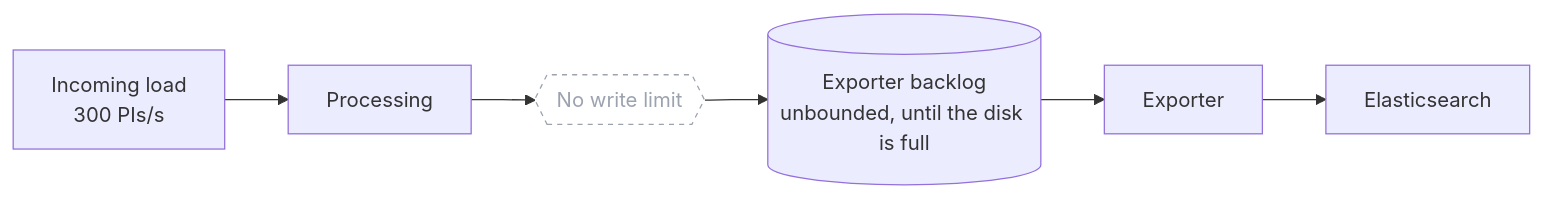
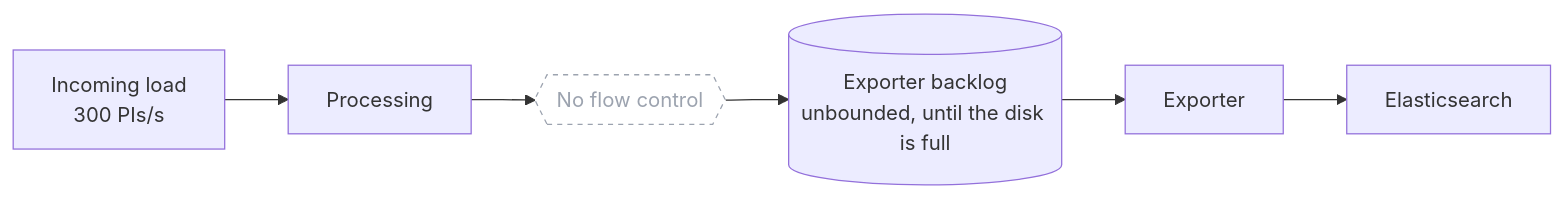
Before and after one commit to zeebe-io/zeebe-chaos: the sixth of 7 diagrams in chaos-days/blog/2026-10-15-Experiment-with-flow-control/index.md, drawn with Mermaid.

Commit message:
blog: name the removed node of the no flow control diagram
The node stands for the whole flow control (write limit and throttling),
not only the write limit.

````diff
--- a/chaos-days/blog/2026-10-15-Experiment-with-flow-control/index.md
+++ b/chaos-days/blog/2026-10-15-Experiment-with-flow-control/index.md
@@ -255,11 +255,11 @@
 ```mermaid
 flowchart LR
     A["Incoming load<br/>300 PIs/s"] --> B["Processing"]
-    B --> W{{"No write limit"}}
+    B --> W{{"No flow control"}}
     W --> Q[("Exporter backlog<br/>unbounded, until the disk is full")]
     Q --> X["Exporter"]
     X --> E["Elasticsearch"]
     classDef knob fill:#f59e0b,fill-opacity:0.18,stroke:#f59e0b,stroke-width:3px
     classDef off fill:none,stroke:#9ca3af,stroke-dasharray:4 4,color:#9ca3af
     class W off
 ```
````
